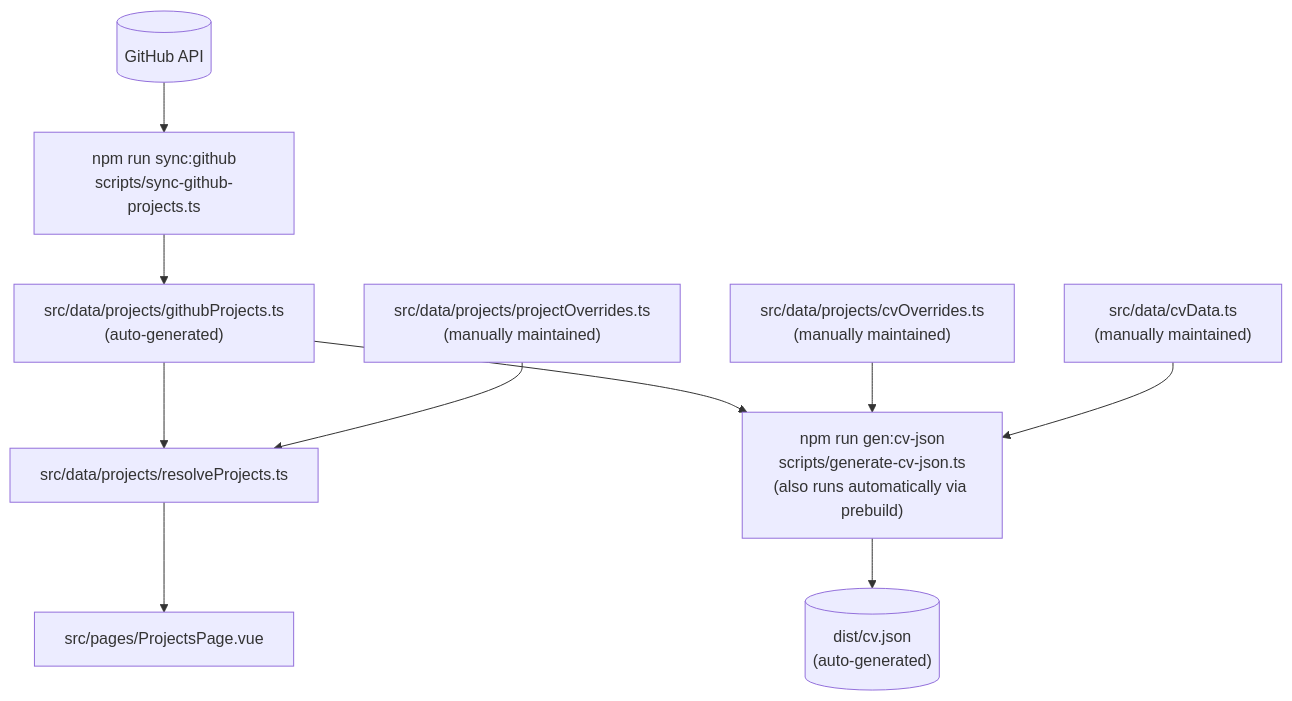
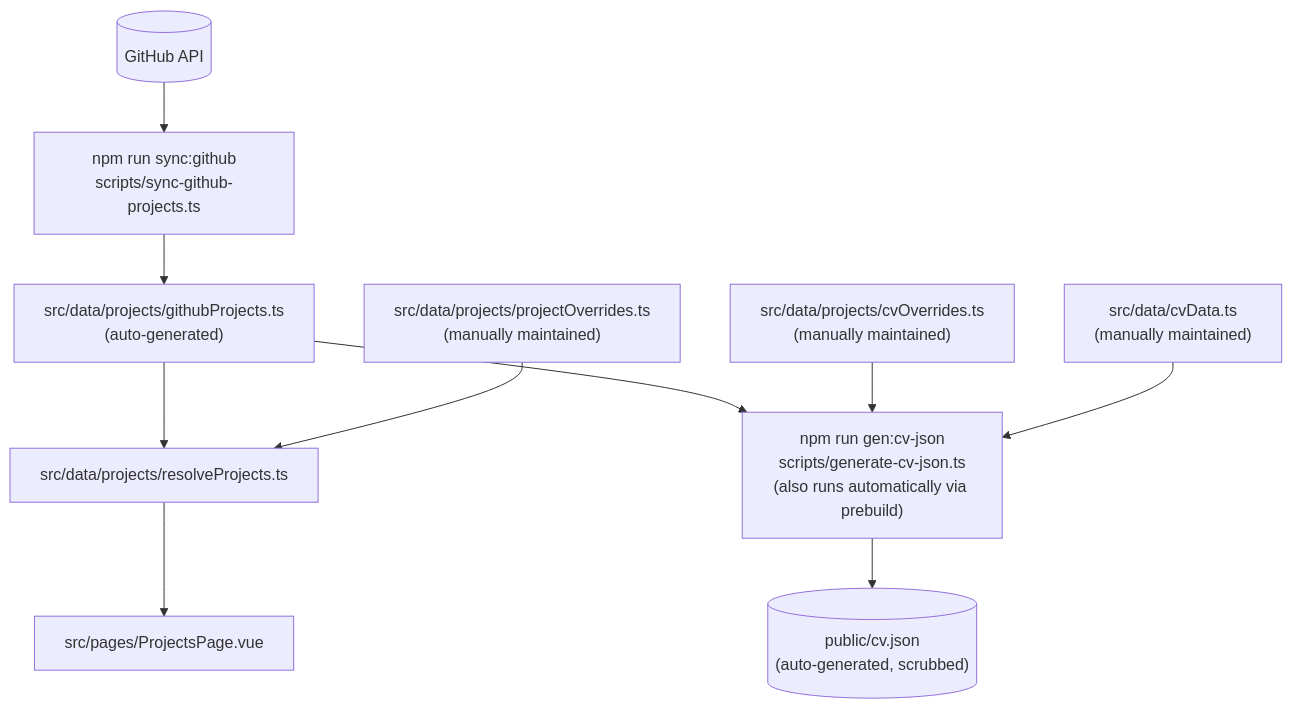
One commit to yaq1n0/yaqinhasan.com changed the diagram in scripts/SCRIPTS.md. Above: the diagram before and after it, drawn with Mermaid. The commit also changed other lines of this file and 1 other file, not shown here.

Commit message:
docs: document CV contact-info gating and render:cv / render:cv:contact flows

````diff
--- a/scripts/SCRIPTS.md
+++ b/scripts/SCRIPTS.md
@@ -26,23 +61,23 @@
 ```mermaid
 flowchart TD
     GH[("GitHub API")]
     sync["npm run sync:github\nscripts/sync-github-projects.ts"]
     ghProjects["src/data/projects/githubProjects.ts\n(auto-generated)"]
     projOverrides["src/data/projects/projectOverrides.ts\n(manually maintained)"]
     cvOverrides["src/data/projects/cvOverrides.ts\n(manually maintained)"]
     cvData["src/data/cvData.ts\n(manually maintained)"]
     resolveProjects["src/data/projects/resolveProjects.ts"]
     ProjectsPage["src/pages/ProjectsPage.vue"]
     genJson["npm run gen:cv-json\nscripts/generate-cv-json.ts\n(also runs automatically via prebuild)"]
-    cvJson[("dist/cv.json\n(auto-generated)")]
+    cvJson[("public/cv.json\n(auto-generated, scrubbed)")]
 
     GH --> sync --> ghProjects
     ghProjects --> resolveProjects
     projOverrides --> resolveProjects
     resolveProjects --> ProjectsPage
 
     ghProjects --> genJson
     cvOverrides --> genJson
     cvData --> genJson
     genJson --> cvJson
 ```
````
